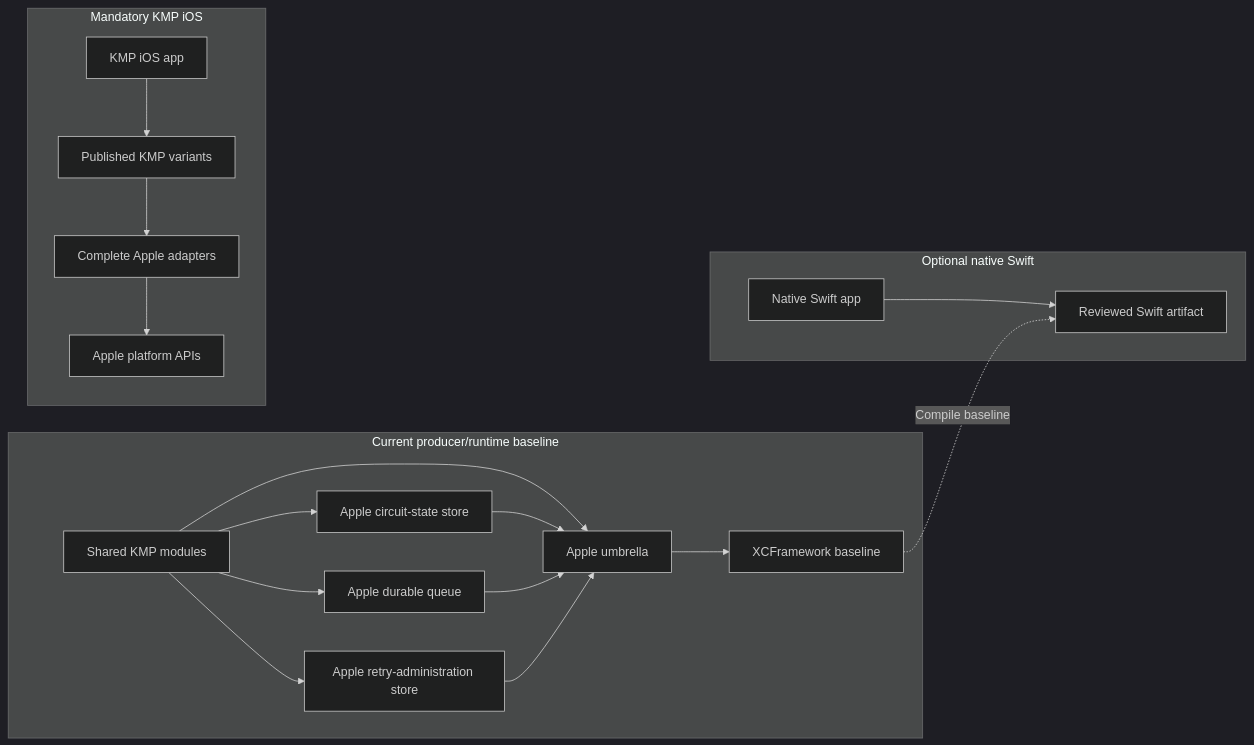
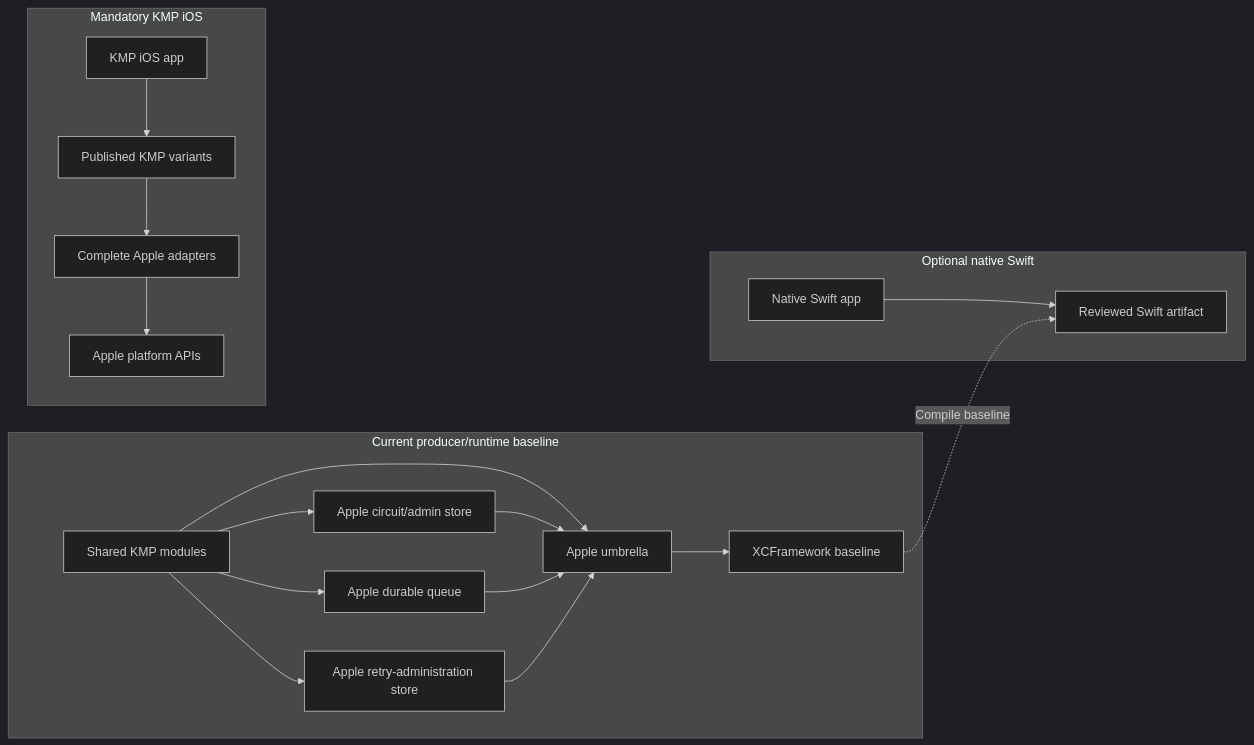
One commit to dataloom-sdk/dataloom changed the diagram in docs/apple/README.md. Above: the diagram before and after it, drawn with Mermaid (dark theme). The commit also changed other lines of this file and 13 other files, not shown here.

First line of the commit message:
DL-040: execute Apple circuit administration atomically (#155)

````diff
--- a/docs/apple/README.md
+++ b/docs/apple/README.md
@@ -42,34 +43,34 @@
 ```mermaid
 flowchart LR
     subgraph currentBaseline["Current producer/runtime baseline"]
         sharedCode["Shared KMP modules"]
-        circuitStore["Apple circuit-state store"]
+        circuitStore["Apple circuit/admin store"]
         queueStore["Apple durable queue"]
         retryAdminStore["Apple retry-administration store"]
         appleUmbrella["Apple umbrella"]
         currentFramework["XCFramework baseline"]
         sharedCode --> circuitStore
         sharedCode --> queueStore
         sharedCode --> retryAdminStore
         sharedCode --> appleUmbrella --> currentFramework
         circuitStore --> appleUmbrella
         queueStore --> appleUmbrella
         retryAdminStore --> appleUmbrella
     end
 
     subgraph requiredPath["Mandatory KMP iOS"]
         kmpApp["KMP iOS app"]
         publishedVariants["Published KMP variants"]
         iosAdapters["Complete Apple adapters"]
         appleApis["Apple platform APIs"]
         kmpApp --> publishedVariants --> iosAdapters --> appleApis
     end
 
     subgraph optionalPath["Optional native Swift"]
         swiftApp["Native Swift app"]
         swiftArtifact["Reviewed Swift artifact"]
         swiftApp --> swiftArtifact
     end
 
     currentFramework -.->|"Compile baseline"| swiftArtifact
 ```
````
